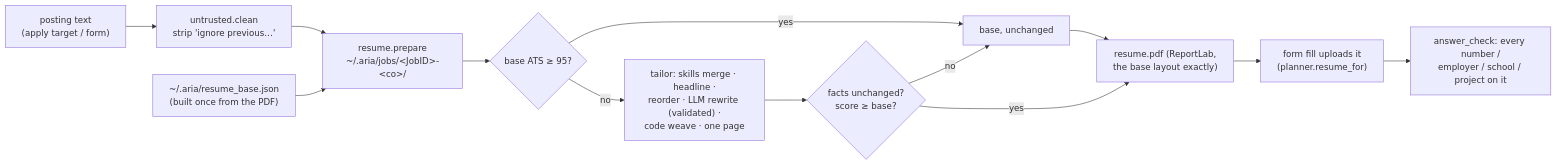
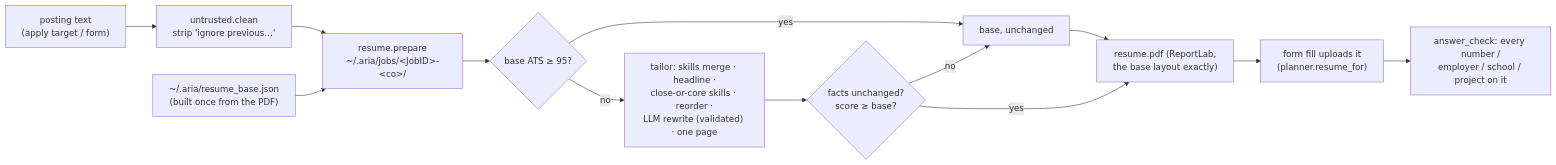
One commit to Bhanu1299/Aria changed diagram 11 of 11 in ARCHITECTURE.md. Above: the diagram before and after it, drawn with Mermaid. The commit also changed 10 other files, not shown here.

First line of the commit message:
fix(job-prep): close-or-core skill rule, base layout exact, no code-glued skills

````diff
--- a/ARCHITECTURE.md
+++ b/ARCHITECTURE.md
@@ -598,15 +598,15 @@
 ```mermaid
 flowchart LR
     JD["posting text<br/>(apply target / form)"] --> UT["untrusted.clean<br/>strip 'ignore previous…'"]
     UT --> PR["resume.prepare<br/>~/.aria/jobs/&lt;JobID&gt;-&lt;co&gt;/"]
     BASE["~/.aria/resume_base.json<br/>(built once from the PDF)"] --> PR
     PR --> SC0{"base ATS ≥ 95?"}
     SC0 -->|yes| USE["base, unchanged"]
-    SC0 -->|no| TL["tailor: skills merge · headline ·<br/>reorder · LLM rewrite (validated) ·<br/>code weave · one page"]
+    SC0 -->|no| TL["tailor: skills merge · headline ·<br/>close-or-core skills · reorder ·<br/>LLM rewrite (validated) · one page"]
     TL --> VF{"facts unchanged?<br/>score ≥ base?"}
     VF -->|no| USE
     VF -->|yes| PDF["resume.pdf (ReportLab,<br/>the base layout exactly)"]
     USE --> PDF
     PDF --> FILL["form fill uploads it<br/>(planner.resume_for)"]
     FILL --> AC["answer_check: every number /<br/>employer / school / project on it"]
 ```
````
